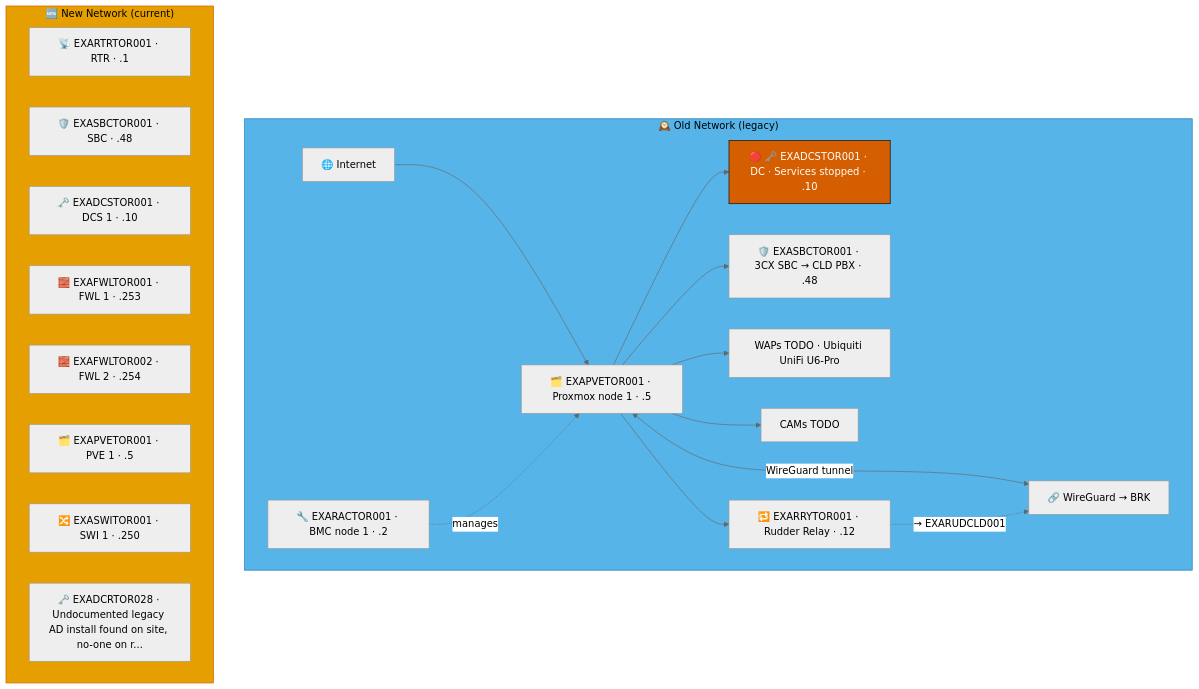
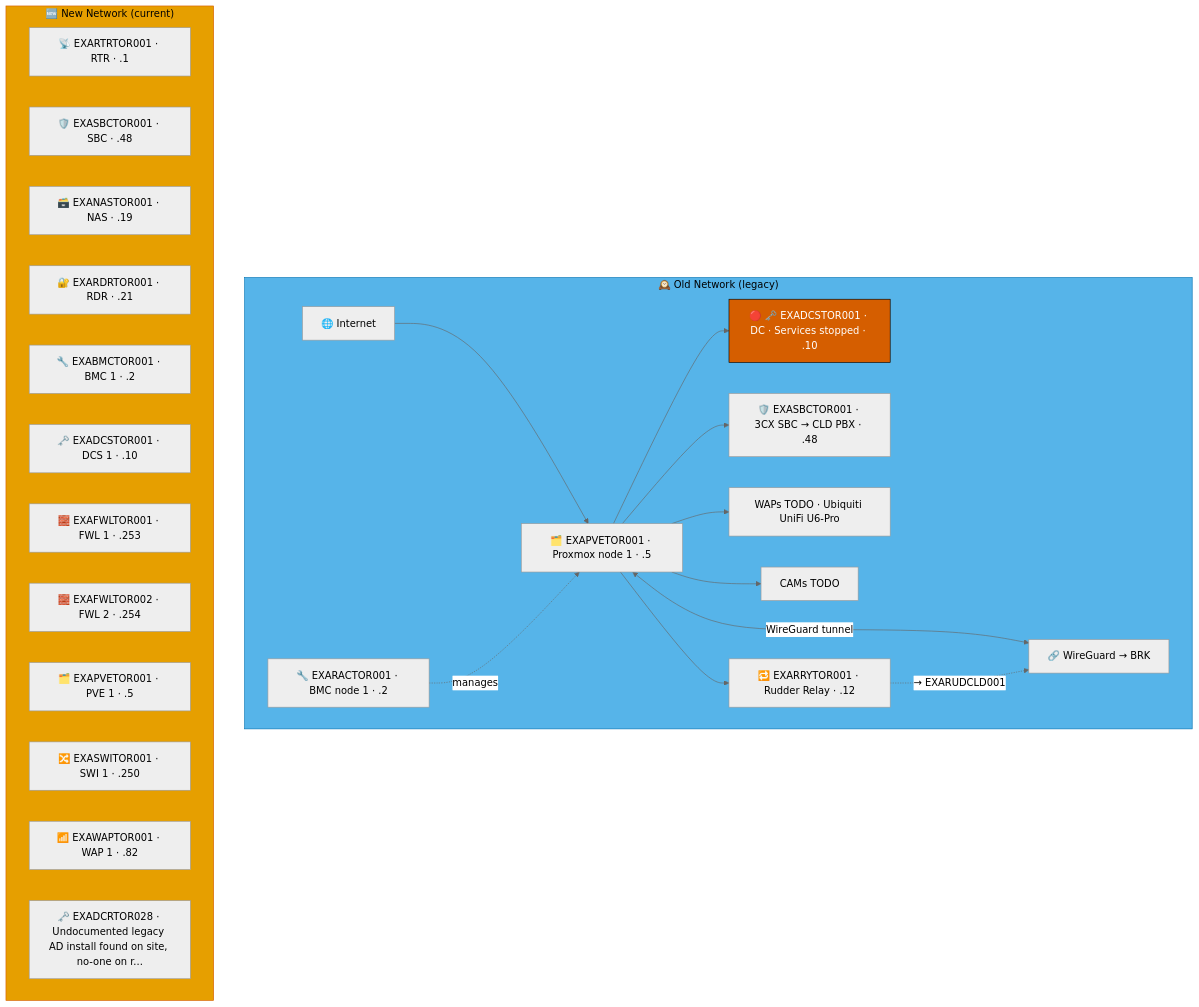
The second of 3 diagrams in docs/network-diagram/canada.md (knightmare2600/example_music_infra), drawn with Mermaid (neutral theme) before and after one commit. The commit also changed other lines of this file and 15 other files, not shown here.

````diff
--- a/docs/network-diagram/canada.md
+++ b/docs/network-diagram/canada.md
@@ -88,38 +92,42 @@
 ```mermaid
 graph TD
     subgraph OLD_TOR ["🕰️ Old Network (legacy)"]
       INET["🌐 Internet"]
       RAC["🔧 EXARACTOR001 · BMC node 1 · .2"]
       PVE["🗂️ EXAPVETOR001 · Proxmox node 1 · .5"]
       DC["🔴 🗝️ EXADCSTOR001 · DC · Services stopped · .10"]
       SBC["🛡️ EXASBCTOR001 · 3CX SBC → CLD PBX · .48"]
       RRY["🔁 EXARRYTOR001 · Rudder Relay · .12"]
       WAP["WAPs TODO · Ubiquiti UniFi U6-Pro"]
       CAM["CAMs TODO"]
       VPN["🔗 WireGuard → BRK"]
 
       INET --> PVE --> DC & SBC
       RAC -.->|"manages"| PVE
       PVE --> WAP & CAM
       PVE <-->|"WireGuard tunnel"| VPN
 
       PVE --> RRY
       RRY -. "→ EXARUDCLD001" .-> VPN
     end
     style OLD_TOR fill:#56B4E9,stroke:#0072B2,color:#000000
     %% GENERATED:NEW-NETWORK:TOR:START
     subgraph NEW_TOR ["🆕 New Network (current)"]
       N_RTR["📡 EXARTRTOR001 · RTR · .1"]
       N_SBC["🛡️ EXASBCTOR001 · SBC · .48"]
+      N_NAS["🗃️ EXANASTOR001 · NAS · .19"]
+      N_RDR["🔐 EXARDRTOR001 · RDR · .21"]
+      N_BMC["🔧 EXABMCTOR001 · BMC 1 · .2"]
       N_DCS["🗝️ EXADCSTOR001 · DCS 1 · .10"]
       N_FWL["🧱 EXAFWLTOR001 · FWL 1 · .253"]
       N_FWL2["🧱 EXAFWLTOR002 · FWL 2 · .254"]
       N_PVE["🗂️ EXAPVETOR001 · PVE 1 · .5"]
       N_SWI["🔀 EXASWITOR001 · SWI 1 · .250"]
+      N_WAP["📶 EXAWAPTOR001 · WAP 1 · .82"]
       N_DCR["🗝️ EXADCRTOR028 · Undocumented legacy AD install found on site, no-one on r..."]
     end
     style NEW_TOR fill:#E69F00,stroke:#D55E00,color:#000000
     %% GENERATED:NEW-NETWORK:TOR:END
     classDef warn fill:#D55E00,stroke:#000000,color:#ffffff
     class DC warn
 ```
````
